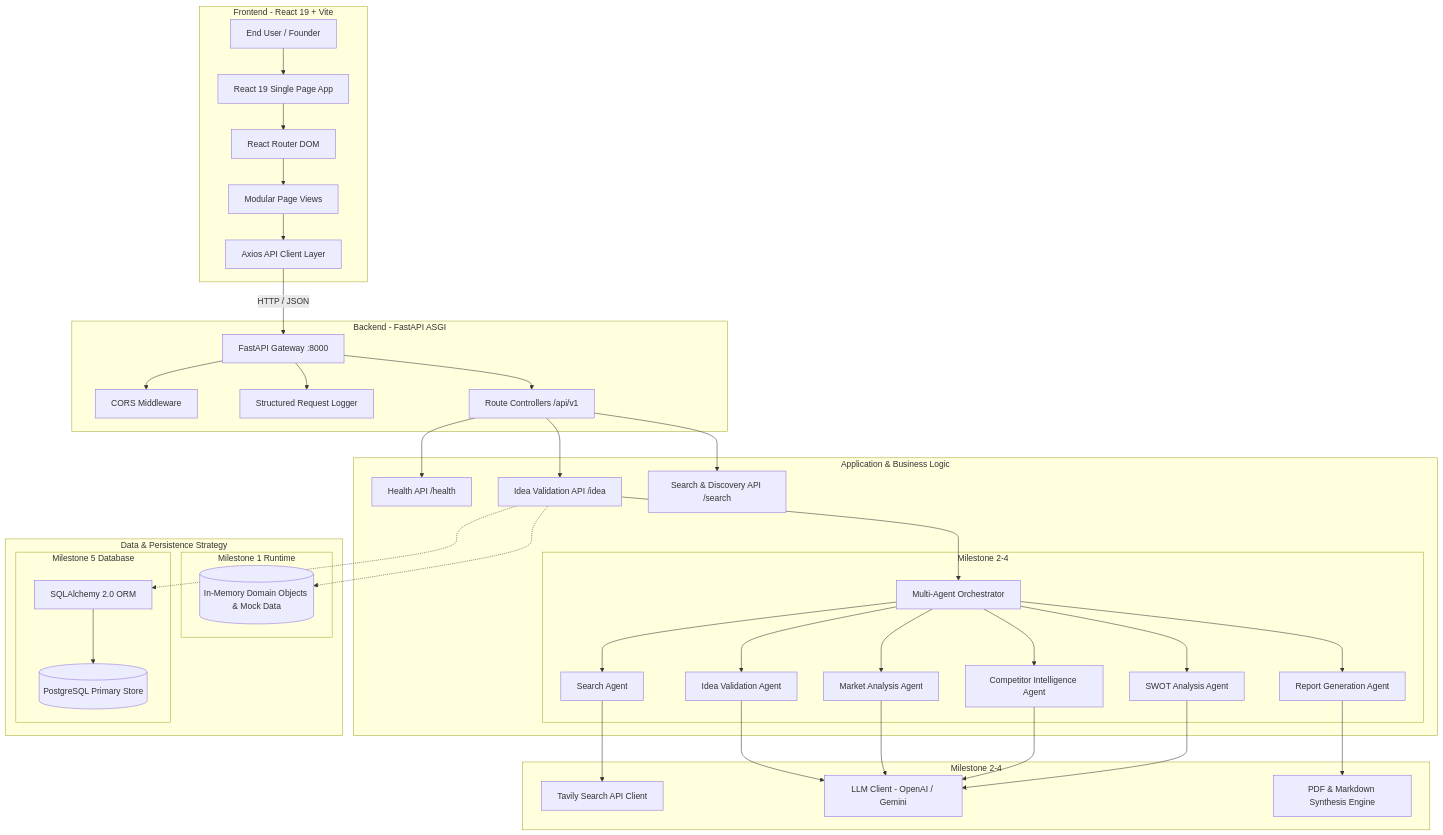
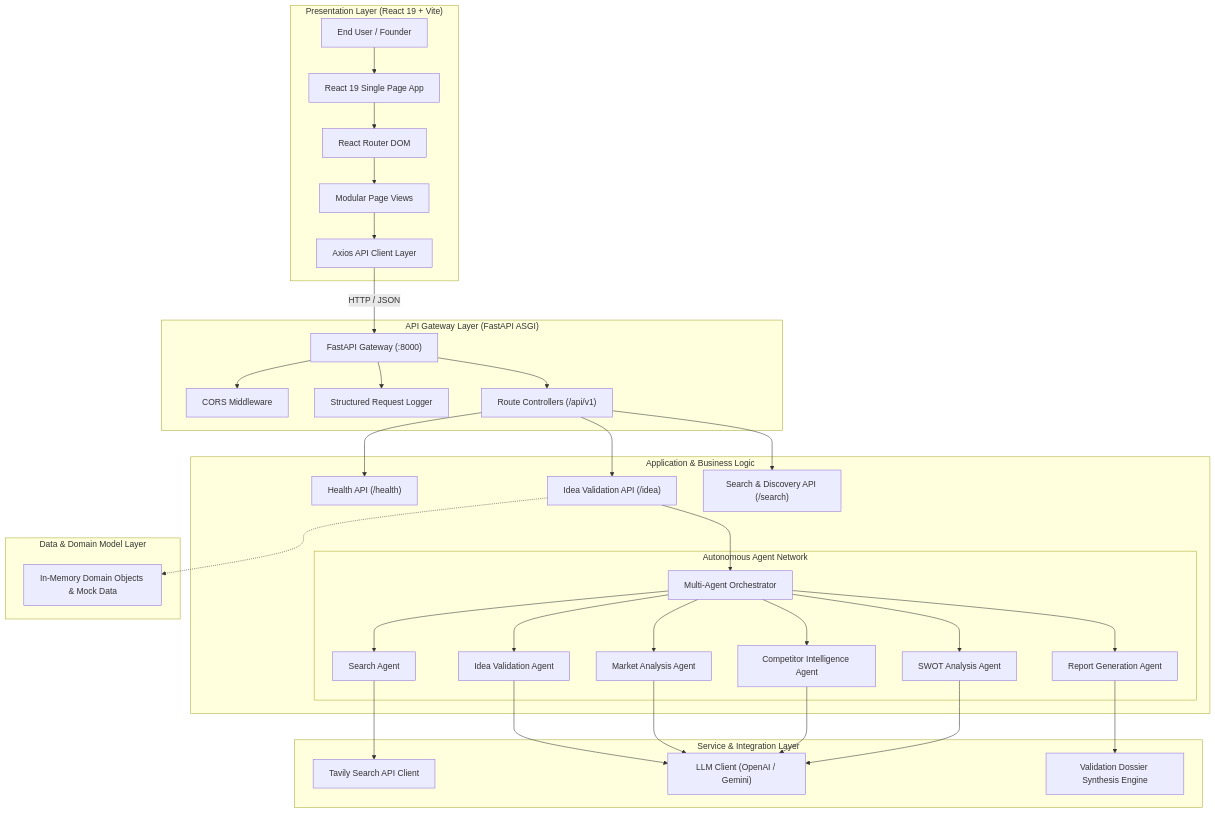
One commit to lakshyasinghal08/AI-Startup-Idea-Validator changed the diagram in docs/architecture.md. Above: the diagram before and after it, drawn with Mermaid. The commit also changed other lines of this file and 28 other files, not shown here.

````diff
--- a/docs/architecture.md
+++ b/docs/architecture.md
@@ -12,54 +12,47 @@
 ```mermaid
 graph TB
-    subgraph Presentation Layer [Frontend - React 19 + Vite]
-        User[End User / Founder] --> SPA[React 19 Single Page App]
-        SPA --> Router[React Router DOM]
-        Router --> Views[Modular Page Views]
-        Views --> AxiosClient[Axios API Client Layer]
+    subgraph ClientTier ["Presentation Layer (React 19 + Vite)"]
+        User["End User / Founder"] --> SPA["React 19 Single Page App"]
+        SPA --> Router["React Router DOM"]
+        Router --> Views["Modular Page Views"]
+        Views --> AxiosClient["Axios API Client Layer"]
     end
 
-    subgraph API & Gateway Layer [Backend - FastAPI ASGI]
-        AxiosClient -->|HTTP / JSON| FastAPIGateway[FastAPI Gateway :8000]
-        FastAPIGateway --> CORSMiddleware[CORS Middleware]
-        FastAPIGateway --> RequestLogging[Structured Request Logger]
-        FastAPIGateway --> RouteControllers[Route Controllers /api/v1]
+    subgraph GatewayTier ["API Gateway Layer (FastAPI ASGI)"]
+        AxiosClient -->|HTTP / JSON| FastAPIGateway["FastAPI Gateway (:8000)"]
+        FastAPIGateway --> CORSMiddleware["CORS Middleware"]
+        FastAPIGateway --> RequestLogging["Structured Request Logger"]
+        FastAPIGateway --> RouteControllers["Route Controllers (/api/v1)"]
     end
 
-    subgraph Application & Business Logic
-        RouteControllers --> HealthRoute[Health API /health]
-        RouteControllers --> IdeaRoute[Idea Validation API /idea]
-        RouteControllers --> SearchRoute[Search & Discovery API /search]
+    subgraph ApplicationLogic ["Application & Business Logic"]
+        RouteControllers --> HealthRoute["Health API (/health)"]
+        RouteControllers --> IdeaRoute["Idea Validation API (/idea)"]
+        RouteControllers --> SearchRoute["Search & Discovery API (/search)"]
         
-        IdeaRoute --> AgentOrchestrator[Multi-Agent Orchestrator]
+        IdeaRoute --> AgentOrchestrator["Multi-Agent Orchestrator"]
         
-        subgraph Autonomous Agent Network [Milestone 2-4]
-            AgentOrchestrator --> SearchAgent[Search Agent]
-            AgentOrchestrator --> IdeaAgent[Idea Validation Agent]
-            AgentOrchestrator --> MarketAgent[Market Analysis Agent]
-            AgentOrchestrator --> CompetitorAgent[Competitor Intelligence Agent]
-            AgentOrchestrator --> SWOTAgent[SWOT Analysis Agent]
-            AgentOrchestrator --> ReportAgent[Report Generation Agent]
+        subgraph AgentNetwork ["Autonomous Agent Network"]
+            AgentOrchestrator --> SearchAgent["Search Agent"]
+            AgentOrchestrator --> IdeaAgent["Idea Validation Agent"]
+            AgentOrchestrator --> MarketAgent["Market Analysis Agent"]
+            AgentOrchestrator --> CompetitorAgent["Competitor Intelligence Agent"]
+            AgentOrchestrator --> SWOTAgent["SWOT Analysis Agent"]
+            AgentOrchestrator --> ReportAgent["Report Generation Agent"]
         end
     end
 
-    subgraph Service & Integration Layer [Milestone 2-4]
-        SearchAgent --> TavilyClient[Tavily Search API Client]
-        IdeaAgent --> LLMClient[LLM Client - OpenAI / Gemini]
+    subgraph ServiceLayer ["Service & Integration Layer"]
+        SearchAgent --> TavilyClient["Tavily Search API Client"]
+        IdeaAgent --> LLMClient["LLM Client (OpenAI / Gemini)"]
         MarketAgent --> LLMClient
         CompetitorAgent --> LLMClient
         SWOTAgent --> LLMClient
-        ReportAgent --> PDFRenderer[PDF & Markdown Synthesis Engine]
+        ReportAgent --> PDFRenderer["Validation Dossier Synthesis Engine"]
     end
 
-    subgraph Data & Persistence Strategy
-        subgraph Milestone 1 Runtime
-            M1Store[(In-Memory Domain Objects & Mock Data)]
-        end
-        subgraph Milestone 5 Database
-            SQLAlchemyLayer[SQLAlchemy 2.0 ORM]
-            SQLAlchemyLayer --> PostgresDB[(PostgreSQL Primary Store)]
-        end
+    subgraph PersistenceLayer ["Data & Domain Model Layer"]
+        M1Store["In-Memory Domain Objects & Mock Data"]
         IdeaRoute -.-> M1Store
-        IdeaRoute -.-> SQLAlchemyLayer
     end
 ```
````
